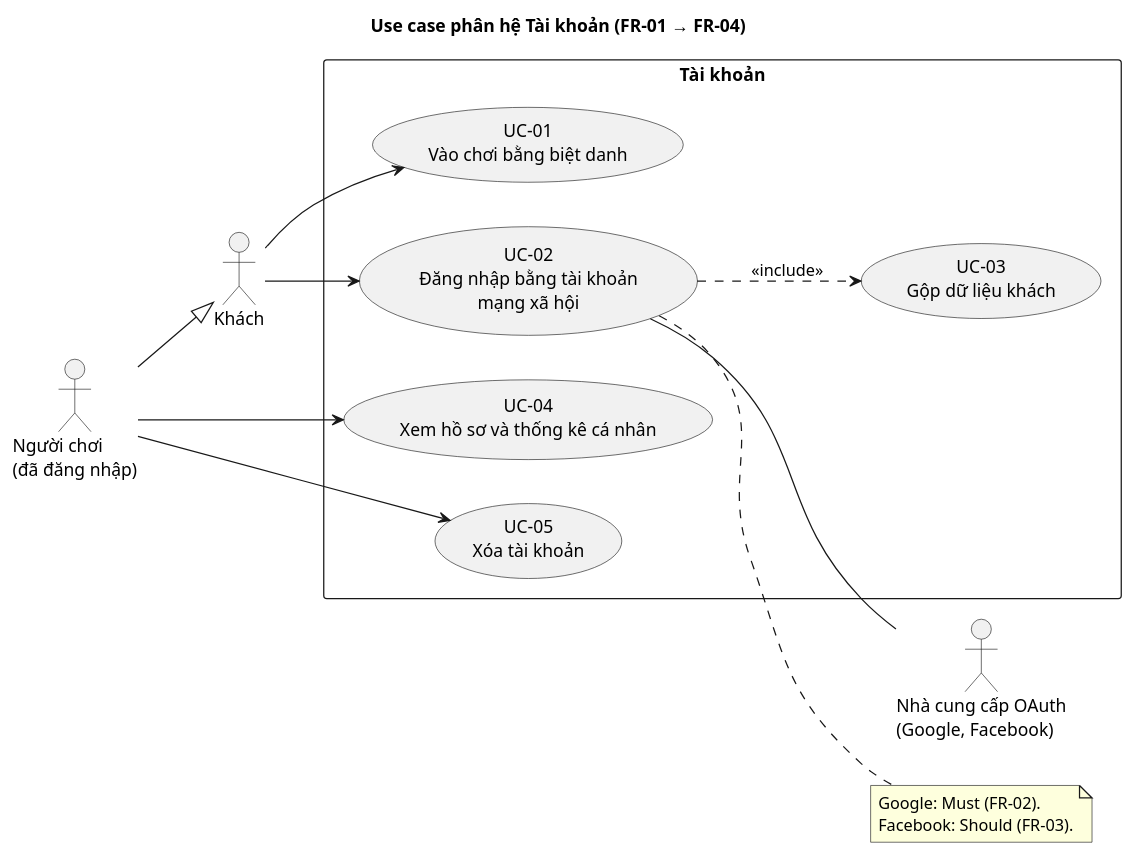
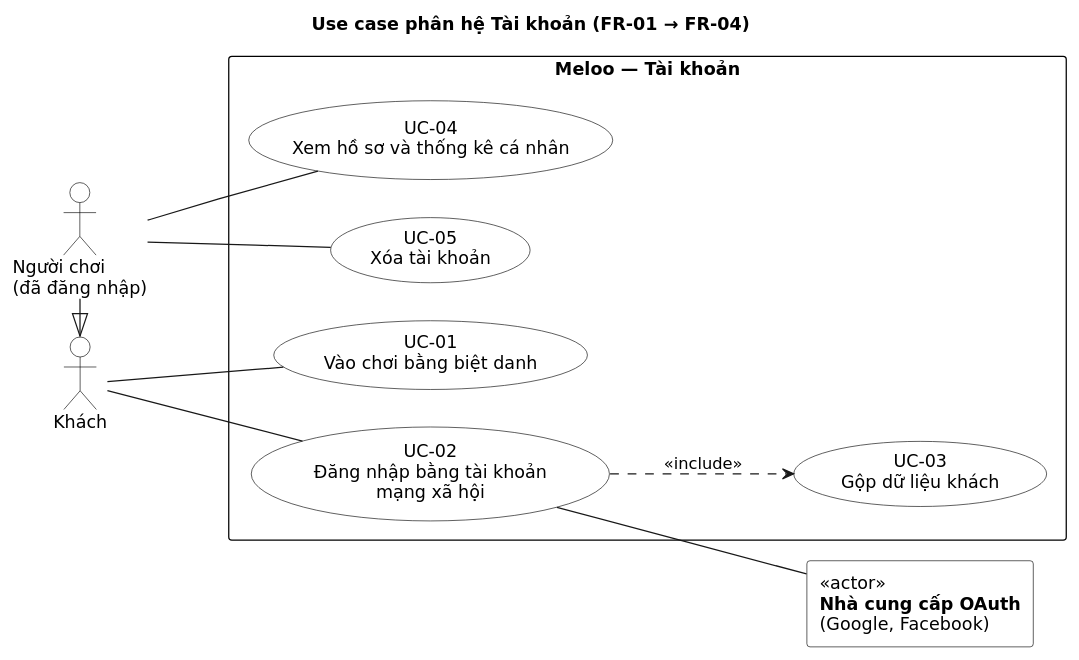
One commit to ThaiDevv/meloo changed the diagram in docs/uml/usecase/uc-01-tai-khoan.puml. Above: the diagram before and after it, drawn with PlantUML. The commit also changed 12 other files, not shown here.

Commit message:
docs(uml): vẽ lại sơ đồ use case theo khung hệ thống, đủ 34 use case

```diff
--- a/docs/uml/usecase/uc-01-tai-khoan.puml
+++ b/docs/uml/usecase/uc-01-tai-khoan.puml
@@ -1,33 +1,39 @@
 @startuml uc-01-tai-khoan
 title Use case phân hệ Tài khoản (FR-01 → FR-04)
 left to right direction
 skinparam shadowing false
-skinparam packageStyle rectangle
+skinparam linetype polyline
+skinparam nodesep 30
+skinparam ranksep 80
+skinparam defaultFontName DejaVu Sans
+skinparam usecase {
+  BackgroundColor white
+  BorderColor black
+}
+skinparam actor {
+  BackgroundColor white
+  BorderColor black
+}
+skinparam rectangle {
+  BackgroundColor white
+  BorderColor black
+}
 
 actor "Khách" as Khach
 actor "Người chơi\n(đã đăng nhập)" as NguoiChoi
-actor "Nhà cung cấp OAuth\n(Google, Facebook)" as OAuth
-
-NguoiChoi --|> Khach
-
-rectangle "Tài khoản" {
+NguoiChoi -|> Khach
+rectangle "<<actor>>\n**Nhà cung cấp OAuth**\n(Google, Facebook)" as OAuth
+rectangle "**Meloo — Tài khoản**" {
   usecase "UC-01\nVào chơi bằng biệt danh" as UC01
   usecase "UC-02\nĐăng nhập bằng tài khoản\nmạng xã hội" as UC02
   usecase "UC-03\nGộp dữ liệu khách" as UC03
   usecase "UC-04\nXem hồ sơ và thống kê cá nhân" as UC04
   usecase "UC-05\nXóa tài khoản" as UC05
 }
-
-Khach --> UC01
-Khach --> UC02
-NguoiChoi --> UC04
-NguoiChoi --> UC05
-
+Khach -- UC01
+Khach -- UC02
+NguoiChoi -- UC04
+NguoiChoi -- UC05
 UC02 ..> UC03 : <<include>>
 UC02 -- OAuth
-
-note right of UC02
-  Google: Must (FR-02).
-  Facebook: Should (FR-03).
-end note
 @enduml
```
